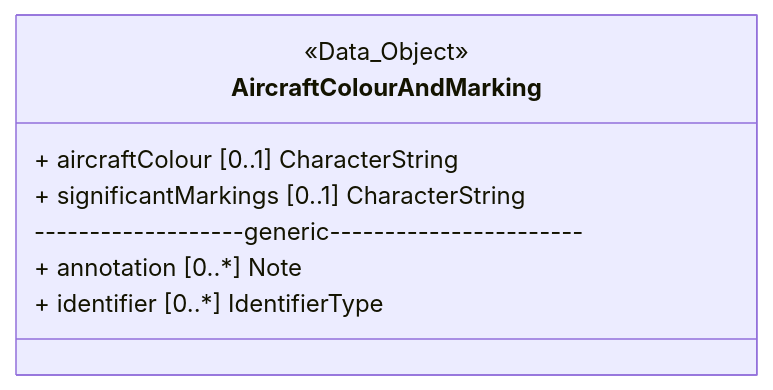
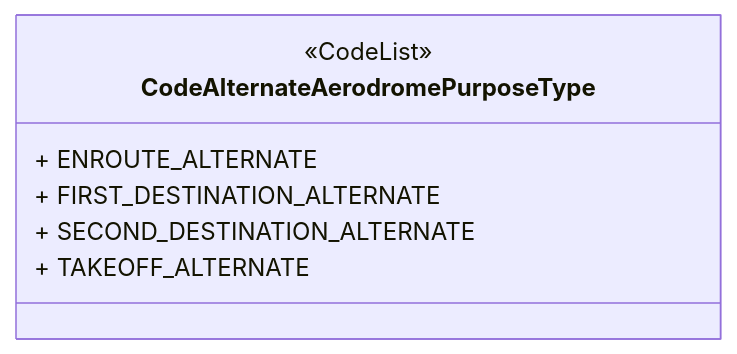
Before and after one commit to hlepori/testAIRM: the eighth of 55 diagrams in README.md, drawn with Mermaid. The commit also changed other lines of this file, not shown here.

````diff
--- a/README.md
+++ b/README.md
@@ -257,11 +333,10 @@
 ```mermaid	
 classDiagram	
-class AircraftColourAndMarking	
-<<Data_Object>> AircraftColourAndMarking	
-link AircraftColourAndMarking "https://airm.aero/developers/advanced-search/1.0.0/AircraftColourAndMarking?model=LogicalModel" "Go to definition"	
-AircraftColourAndMarking : + aircraftColour [0..1] CharacterString	
-AircraftColourAndMarking : + significantMarkings [0..1] CharacterString	
-AircraftColourAndMarking: -------------------generic-----------------------	
-AircraftColourAndMarking : + annotation [0..*] Note	
-AircraftColourAndMarking : + identifier [0..*] IdentifierType	
+class CodeAlternateAerodromePurposeType	
+<<CodeList>> CodeAlternateAerodromePurposeType	
+link CodeAlternateAerodromePurposeType "https://airm.aero/developers/advanced-search/1.0.0/CodeAlternateAerodromePurposeType?model=LogicalModel" "Go to definition"	
+CodeAlternateAerodromePurposeType : + ENROUTE_ALTERNATE	
+CodeAlternateAerodromePurposeType : + FIRST_DESTINATION_ALTERNATE	
+CodeAlternateAerodromePurposeType : + SECOND_DESTINATION_ALTERNATE	
+CodeAlternateAerodromePurposeType : + TAKEOFF_ALTERNATE	
 ```	
````
